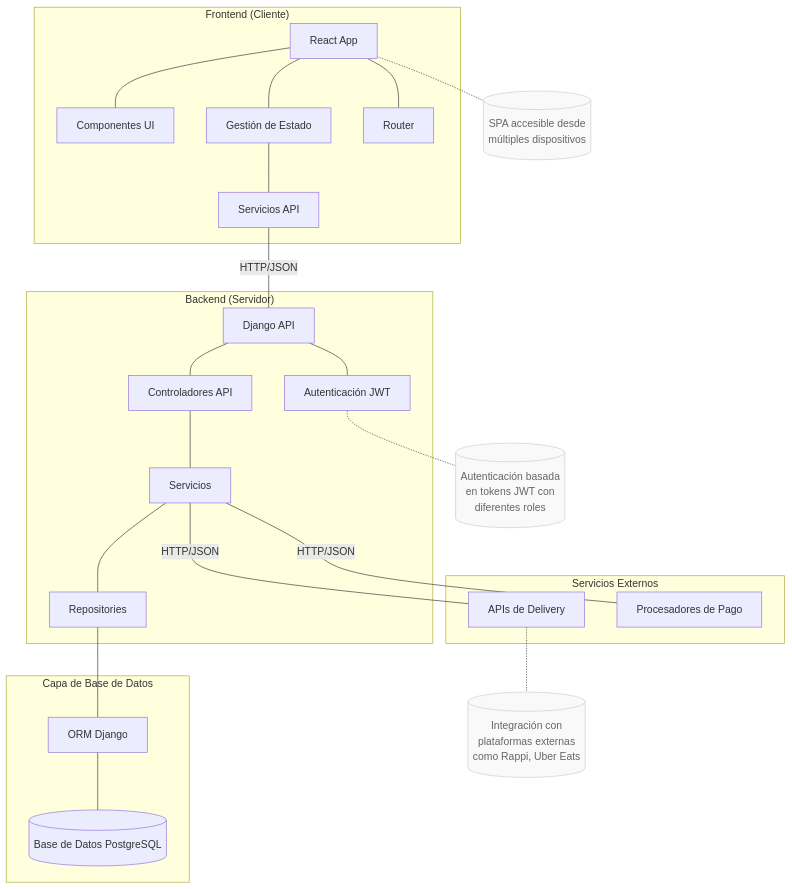
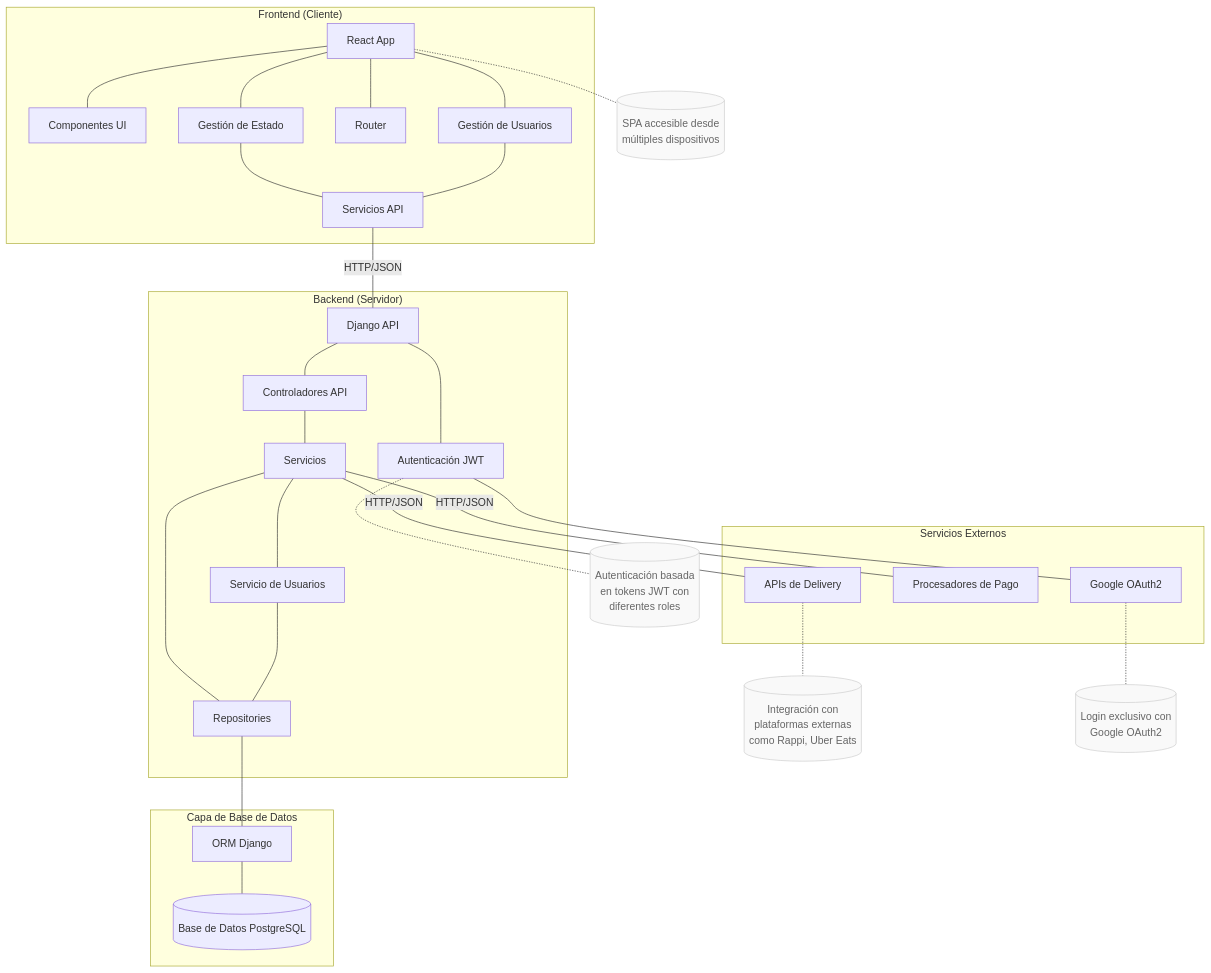
Diagram 12 of 12 in Sistema_Restaurante/Docs/Diagramas/Diagramas.md (Fabo01/Dise-o_Software), drawn with Mermaid before and after one commit. The commit also changed other lines of this file and 8 other files, not shown here.

Commit message:
feat: Implementar servicio de pedidos y funcionalidad para cambiar contraseñas de usuarios

````diff
--- a/Sistema_Restaurante/Docs/Diagramas/Diagramas.md
+++ b/Sistema_Restaurante/Docs/Diagramas/Diagramas.md
@@ -1218,53 +1250,62 @@
 ```mermaid
 flowchart TD
     subgraph "Frontend (Cliente)"
         ReactApp["React App"]
         UI["Componentes UI"]
         Estado["Gestión de Estado"]
         ApiClient["Servicios API"]
         Router["Router"]
+        UsuariosUI["Gestión de Usuarios"]
     end
     
     subgraph "Backend (Servidor)"
         DjangoAPI["Django API"]
         Auth["Autenticación JWT"]
         ApiControllers["Controladores API"]
         Services["Servicios"]
         Repos["Repositories"]
+        UsuariosService["Servicio de Usuarios"]
     end
     
     subgraph "Capa de Base de Datos"
         ORM["ORM Django"]
         DB[(Base de Datos PostgreSQL)]
     end
     
     subgraph "Servicios Externos"
         DeliveryAPI["APIs de Delivery"]
         PaymentProcessors["Procesadores de Pago"]
+        GoogleOAuth["Google OAuth2"]
     end
     
     ReactApp --- UI
     ReactApp --- Estado
     ReactApp --- Router
     Estado --- ApiClient
+    ReactApp --- UsuariosUI
+    UsuariosUI --- ApiClient
     
     ApiClient ---|"HTTP/JSON"| DjangoAPI
     
     DjangoAPI --- Auth
     DjangoAPI --- ApiControllers
     ApiControllers --- Services
     Services --- Repos
+    Services --- UsuariosService
+    UsuariosService --- Repos
     
     Repos --- ORM
     ORM --- DB
     
     Services ---|"HTTP/JSON"| DeliveryAPI
     Services ---|"HTTP/JSON"| PaymentProcessors
+    Auth --- GoogleOAuth
     
     ReactApp -.- ReactNote[("SPA accesible desde<br>múltiples dispositivos")]
     Auth -.- AuthNote[("Autenticación basada<br>en tokens JWT con<br>diferentes roles")]
     DeliveryAPI -.- DeliveryNote[("Integración con<br>plataformas externas<br>como Rappi, Uber Eats")]
+    GoogleOAuth -.- OAuthNote[("Login exclusivo con<br>Google OAuth2")]
     
     classDef note fill:#f9f9f9,stroke:#ccc,stroke-width:1px,color:#666
-    class ReactNote,AuthNote,DeliveryNote note
+    class ReactNote,AuthNote,DeliveryNote,OAuthNote note
 ```
````
